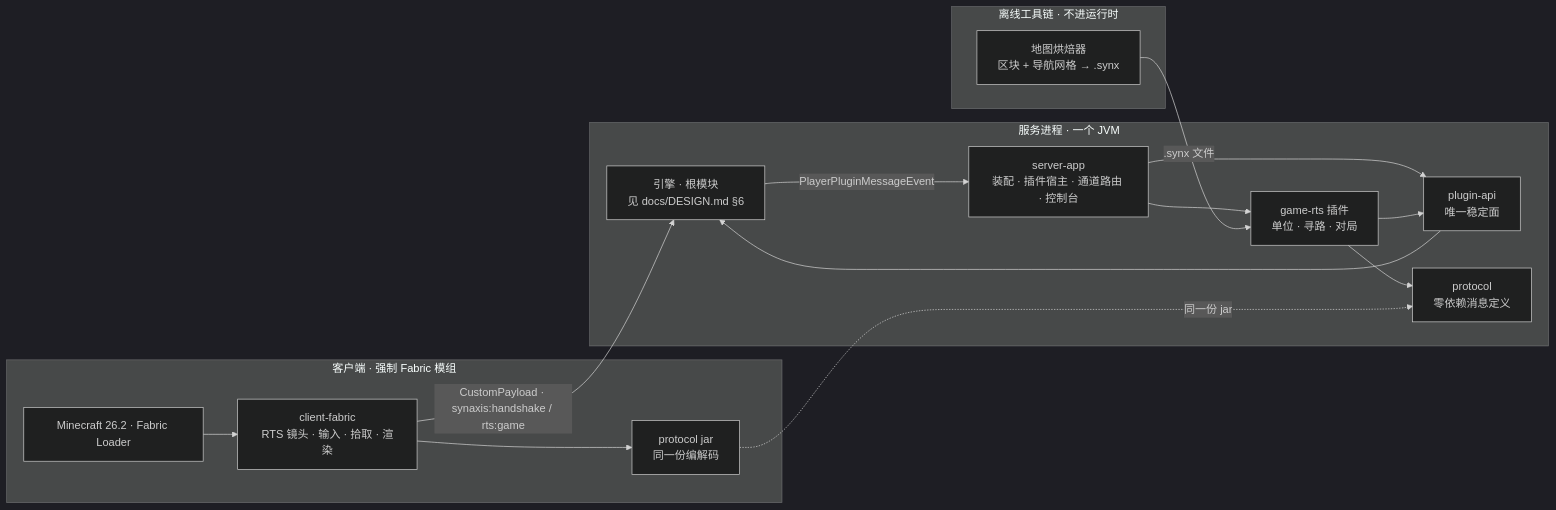
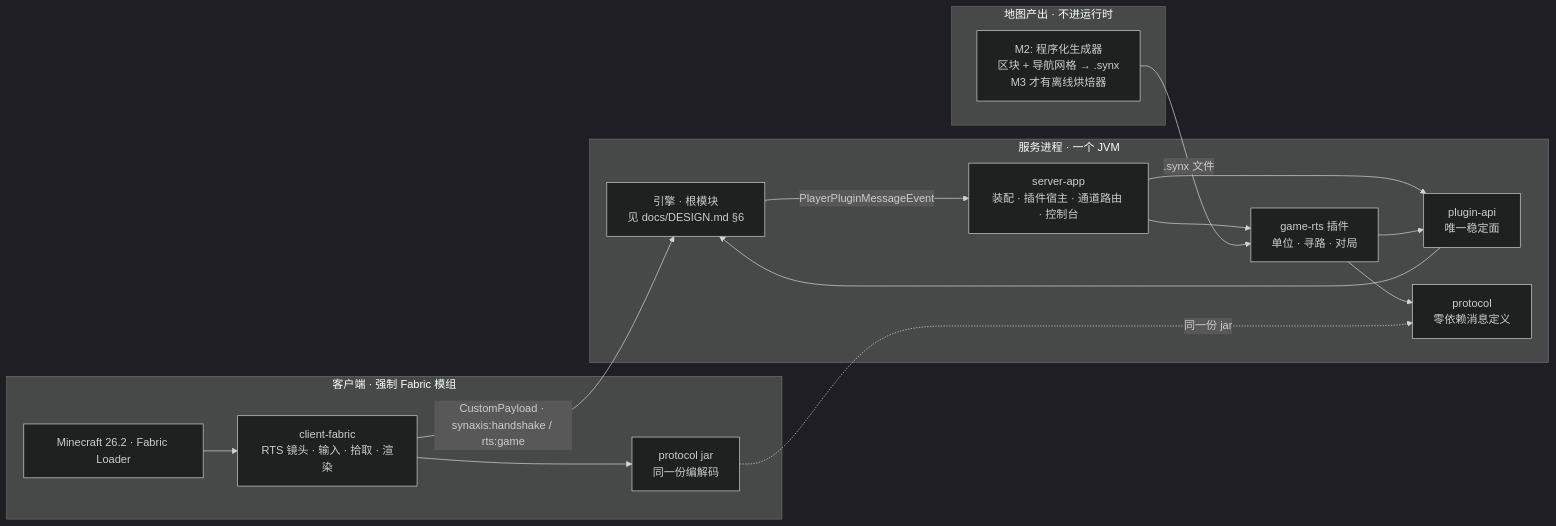
Before and after one commit to Bearisbug/synaxis: the first of 9 diagrams in docs/DESIGN-M2.md, drawn with Mermaid (dark theme). The commit also changed other lines of this file and 2 other files, not shown here.

````diff
--- a/docs/DESIGN-M2.md
+++ b/docs/DESIGN-M2.md
@@ -116,29 +120,29 @@
 ```mermaid
 flowchart LR
   subgraph client[客户端 · 强制 Fabric 模组]
     mc[Minecraft 26.2 · Fabric Loader]
     mod[client-fabric<br/>RTS 镜头 · 输入 · 拾取 · 渲染]
     proto_c[protocol jar<br/>同一份编解码]
   end
   subgraph server[服务进程 · 一个 JVM]
     app[server-app<br/>装配 · 插件宿主 · 通道路由 · 控制台]
     papi[plugin-api<br/>唯一稳定面]
     rts[game-rts 插件<br/>单位 · 寻路 · 对局]
     proto_s[protocol<br/>零依赖消息定义]
     engine[引擎 · 根模块<br/>见 docs/DESIGN.md §6]
   end
-  subgraph offline[离线工具链 · 不进运行时]
-    baker[地图烘焙器<br/>区块 + 导航网格 → .synx]
+  subgraph offline[地图产出 · 不进运行时]
+    baker[M2: 程序化生成器<br/>区块 + 导航网格 → .synx<br/>M3 才有离线烘焙器]
   end
   mc --> mod
   mod --> proto_c
   mod -- "CustomPayload · synaxis:handshake / rts:game" --> engine
   engine -- "PlayerPluginMessageEvent" --> app
   app --> papi
   app --> rts
   rts --> papi
   papi --> engine
   rts --> proto_s
   proto_c -. "同一份 jar" .-> proto_s
   baker -- ".synx 文件" --> rts
 ```
````
